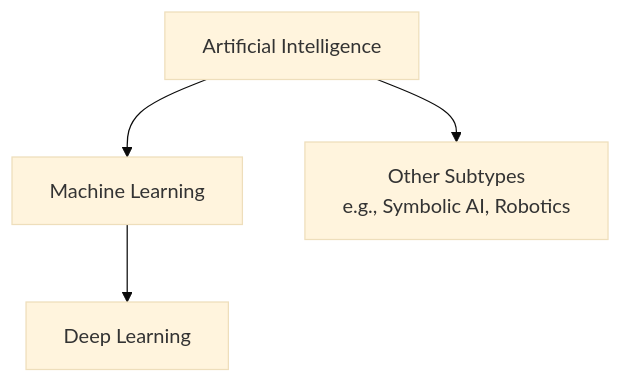
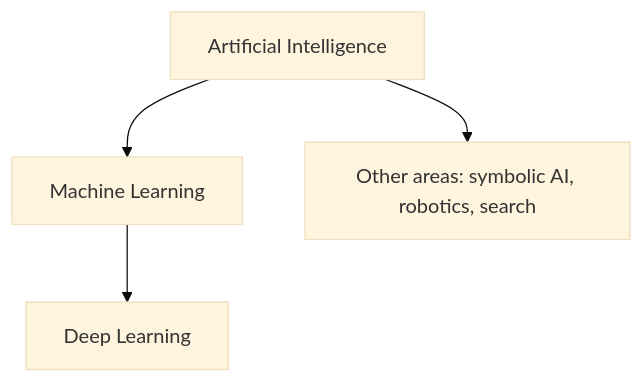
One commit to lystiger/Second-Brain changed the diagram in 01 Learning/AI/What is AI.md. Above: the diagram before and after it, drawn with Mermaid (base theme). The commit also changed other lines of this file and 42 other files, not shown here.

````diff
--- a/01 Learning/AI/What is AI.md
+++ b/01 Learning/AI/What is AI.md
@@ -16,6 +16,6 @@
 ```mermaid
 graph TD
     AI[Artificial Intelligence] --> ML[Machine Learning]
     ML --> DL[Deep Learning]
-    AI --> Other[Other Subtypes\ne.g., Symbolic AI, Robotics]
+    AI --> Other[Other areas: symbolic AI, robotics, search]
 ```
````
